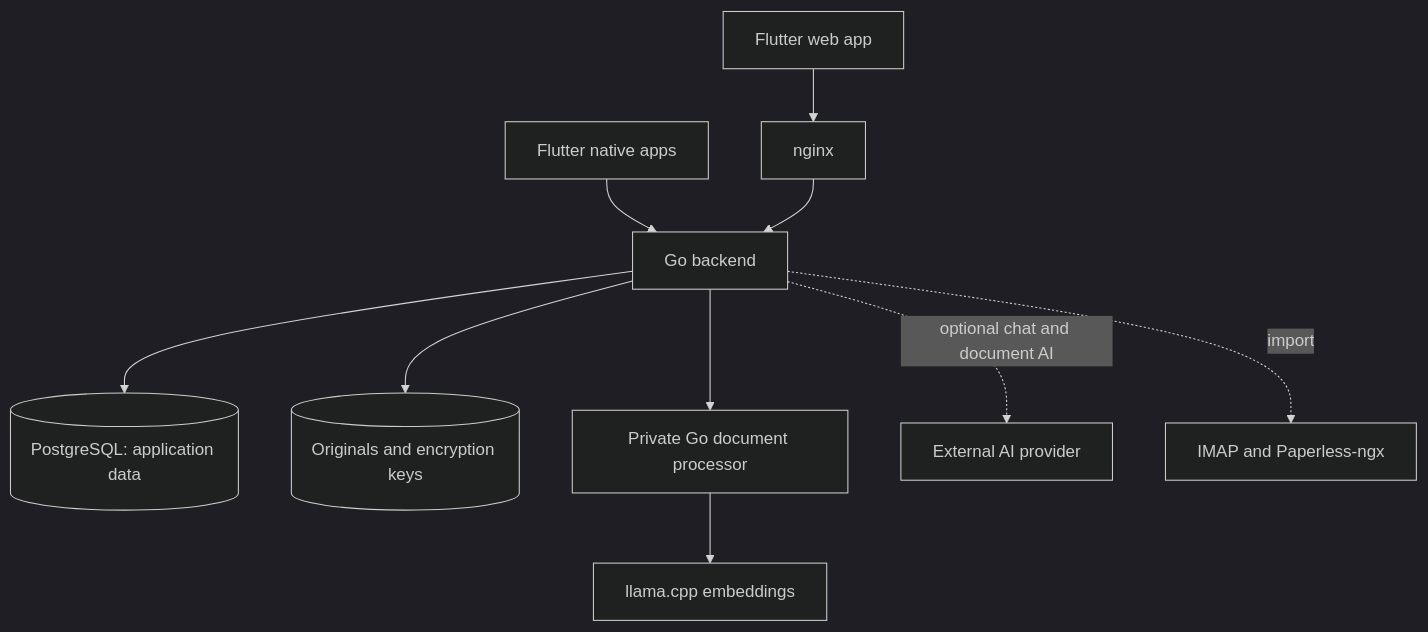
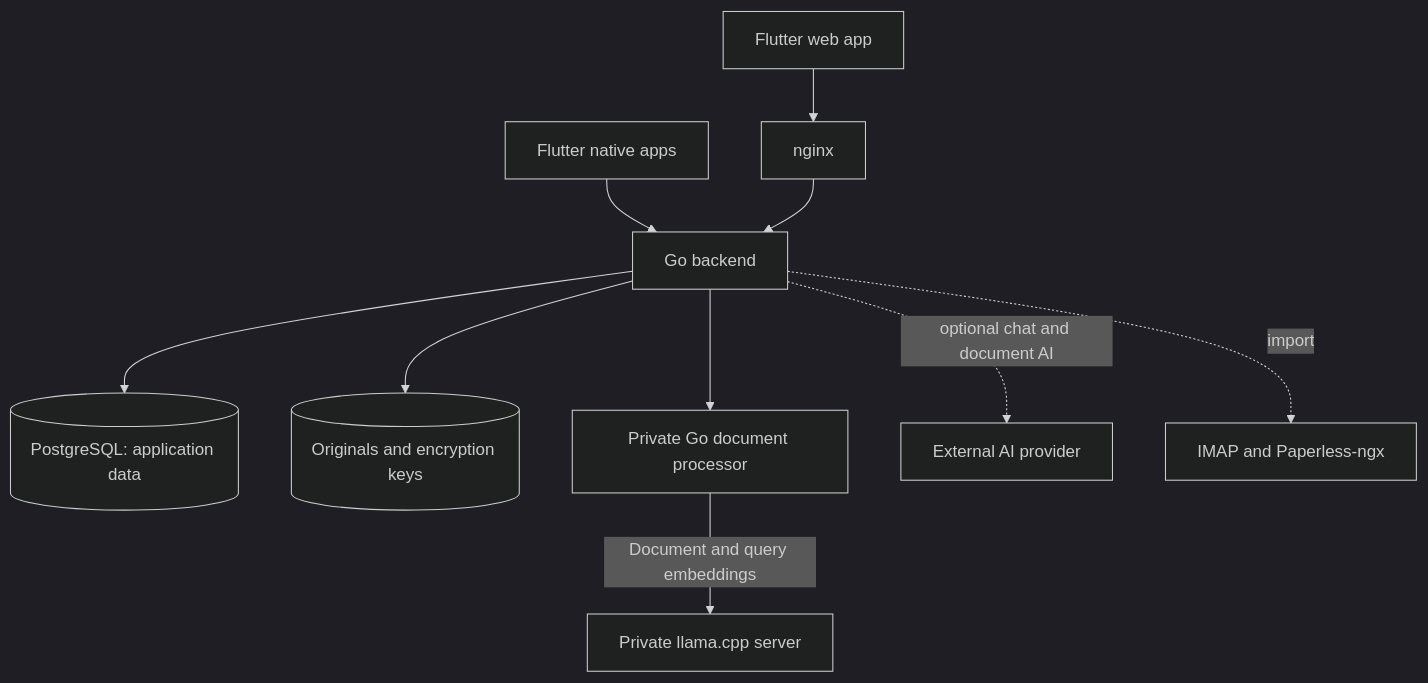
Before and after one commit to saschTa/domabas: the diagram in architecture.md, drawn with Mermaid (dark theme). The commit also changed other lines of this file and 3 other files, not shown here.

````diff
--- a/architecture.md
+++ b/architecture.md
@@ -26,12 +26,12 @@
 ```mermaid
 flowchart TD
   Browser[Flutter web app] --> Web[nginx]
   Native[Flutter native apps] --> API[Go backend]
   Web --> API
   API --> DB[(PostgreSQL: application data)]
   API --> Files[(Originals and encryption keys)]
   API --> Processor[Private Go document processor]
-Processor --> Embeddings[llama.cpp embeddings]
+  Processor -->|Document and query embeddings| Embeddings[Private llama.cpp server]
   API -. optional chat and document AI .-> Provider[External AI provider]
   API -. import .-> Sources[IMAP and Paperless-ngx]
 ```
````
